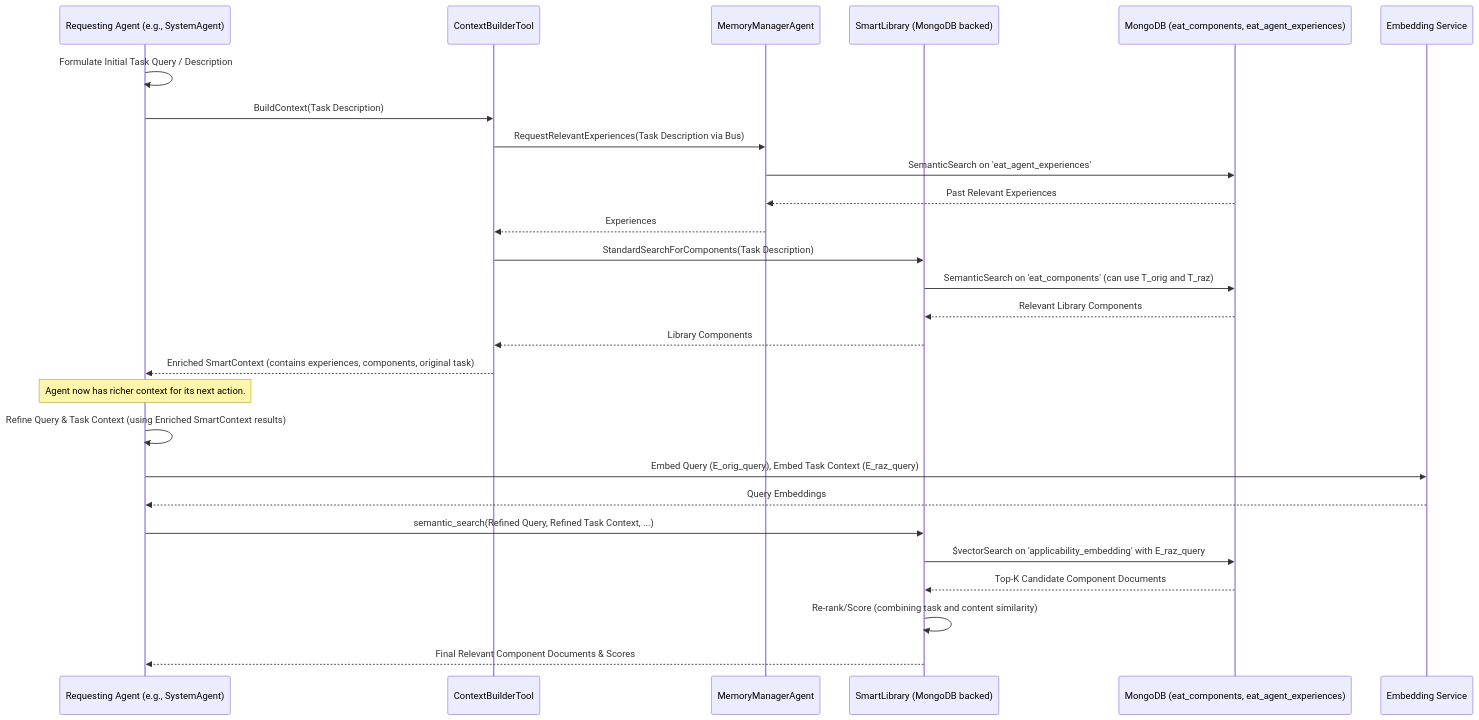
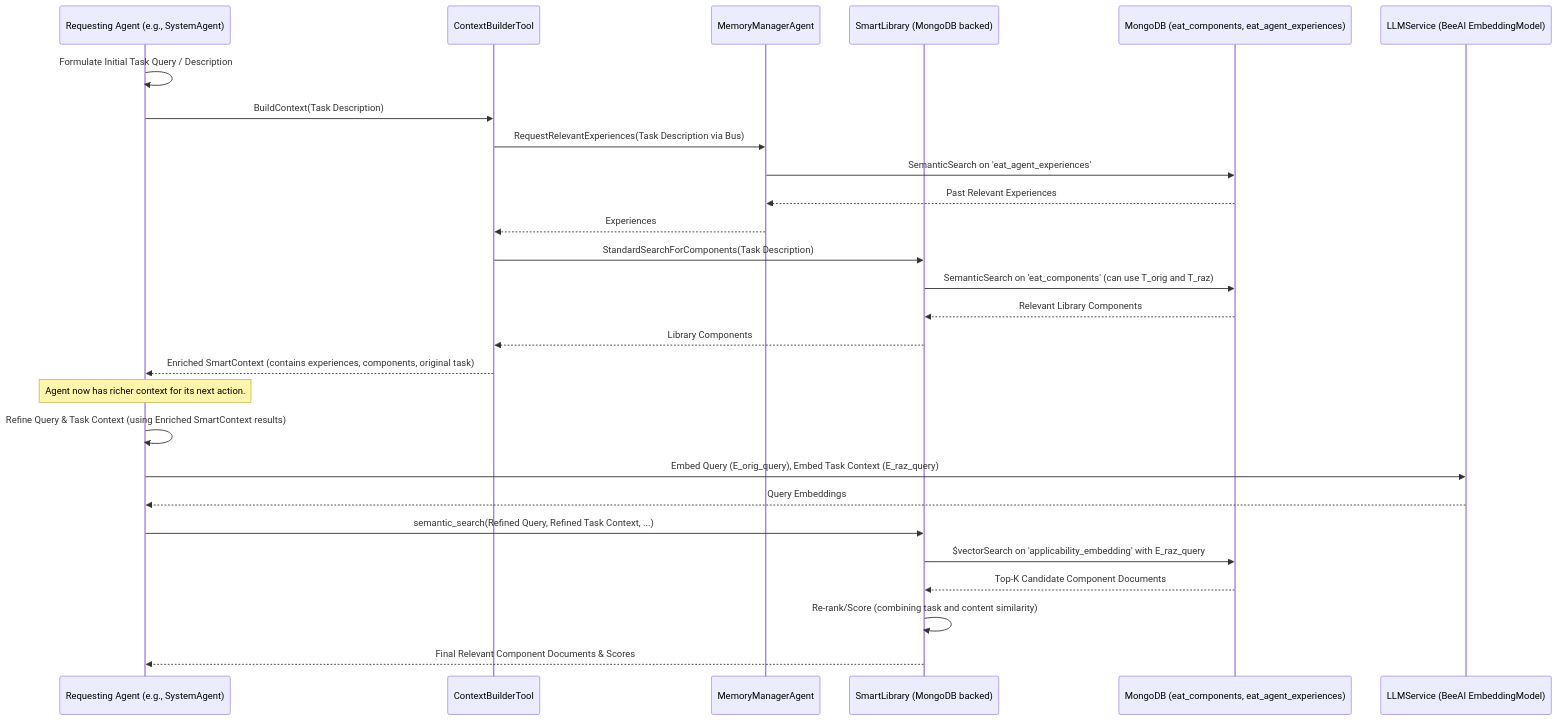
Before and after one commit to matiasmolinas/evolving-agents: the fourth of 5 diagrams in docs/ARCHITECTURE.md, drawn with Mermaid. The commit also changed other lines of this file and 11 other files, not shown here.

````diff
--- a/docs/ARCHITECTURE.md
+++ b/docs/ARCHITECTURE.md
@@ -351,32 +358,32 @@
 ```mermaid
 sequenceDiagram
     participant Agent as Requesting Agent (e.g., SystemAgent)
     participant CtxBuilder as ContextBuilderTool
     participant MMA as MemoryManagerAgent
     participant SL as SmartLibrary (MongoDB backed)
     participant MongoDB as MongoDB (eat_components, eat_agent_experiences)
-    participant LLM_Emb as Embedding Service
+    participant LLMSvc as LLMService (BeeAI EmbeddingModel)
 
     Agent->>Agent: Formulate Initial Task Query / Description
     Agent->>CtxBuilder: BuildContext(Task Description)
     CtxBuilder->>MMA: RequestRelevantExperiences(Task Description via Bus)
     MMA->>MongoDB: SemanticSearch on 'eat_agent_experiences'
     MongoDB-->>MMA: Past Relevant Experiences
     MMA-->>CtxBuilder: Experiences
     CtxBuilder->>SL: StandardSearchForComponents(Task Description)
     SL->>MongoDB: SemanticSearch on 'eat_components' (can use T_orig and T_raz)
     MongoDB-->>SL: Relevant Library Components
     SL-->>CtxBuilder: Library Components
     CtxBuilder-->>Agent: Enriched SmartContext (contains experiences, components, original task)
     
     Note over Agent: Agent now has richer context for its next action.
     Agent->>Agent: Refine Query & Task Context (using Enriched SmartContext results)
-    Agent->>LLM_Emb: Embed Query (E_orig_query), Embed Task Context (E_raz_query)
-    LLM_Emb-->>Agent: Query Embeddings
+    Agent->>LLMSvc: Embed Query (E_orig_query), Embed Task Context (E_raz_query)
+    LLMSvc-->>Agent: Query Embeddings
 
     Agent->>SL: semantic_search(Refined Query, Refined Task Context, ...)
     SL->>MongoDB: $vectorSearch on 'applicability_embedding' with E_raz_query
     MongoDB-->>SL: Top-K Candidate Component Documents
     SL->>SL: Re-rank/Score (combining task and content similarity)
     SL-->>Agent: Final Relevant Component Documents & Scores
 ```
````
